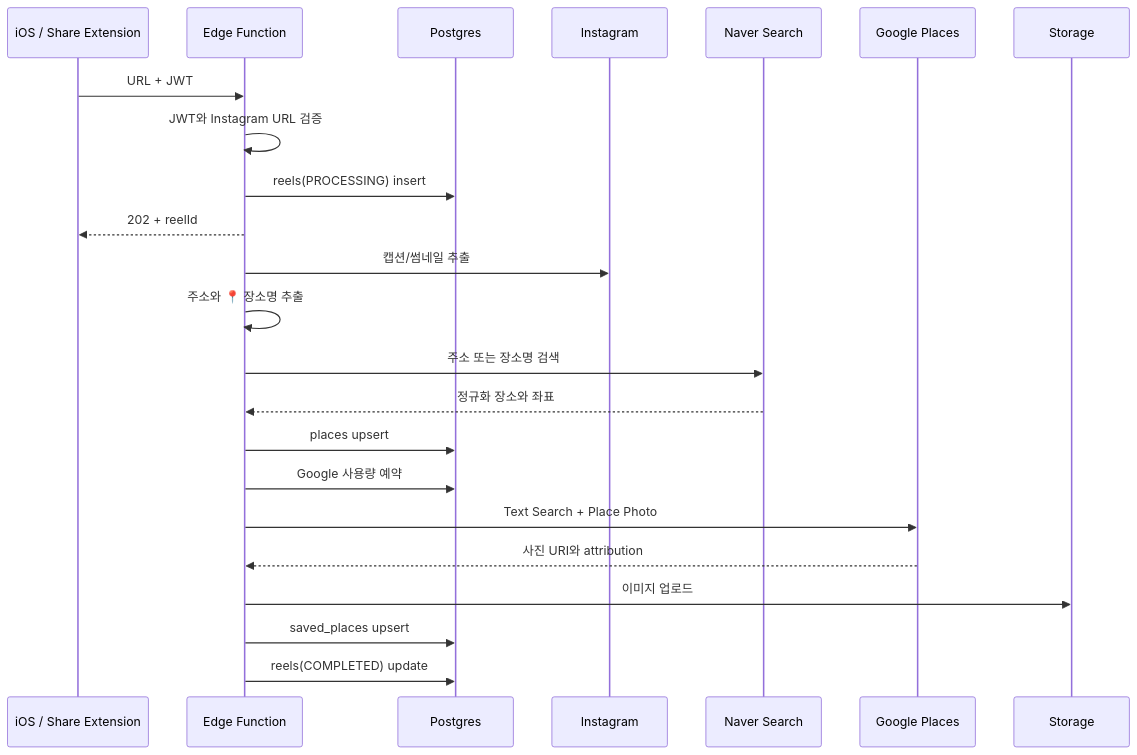
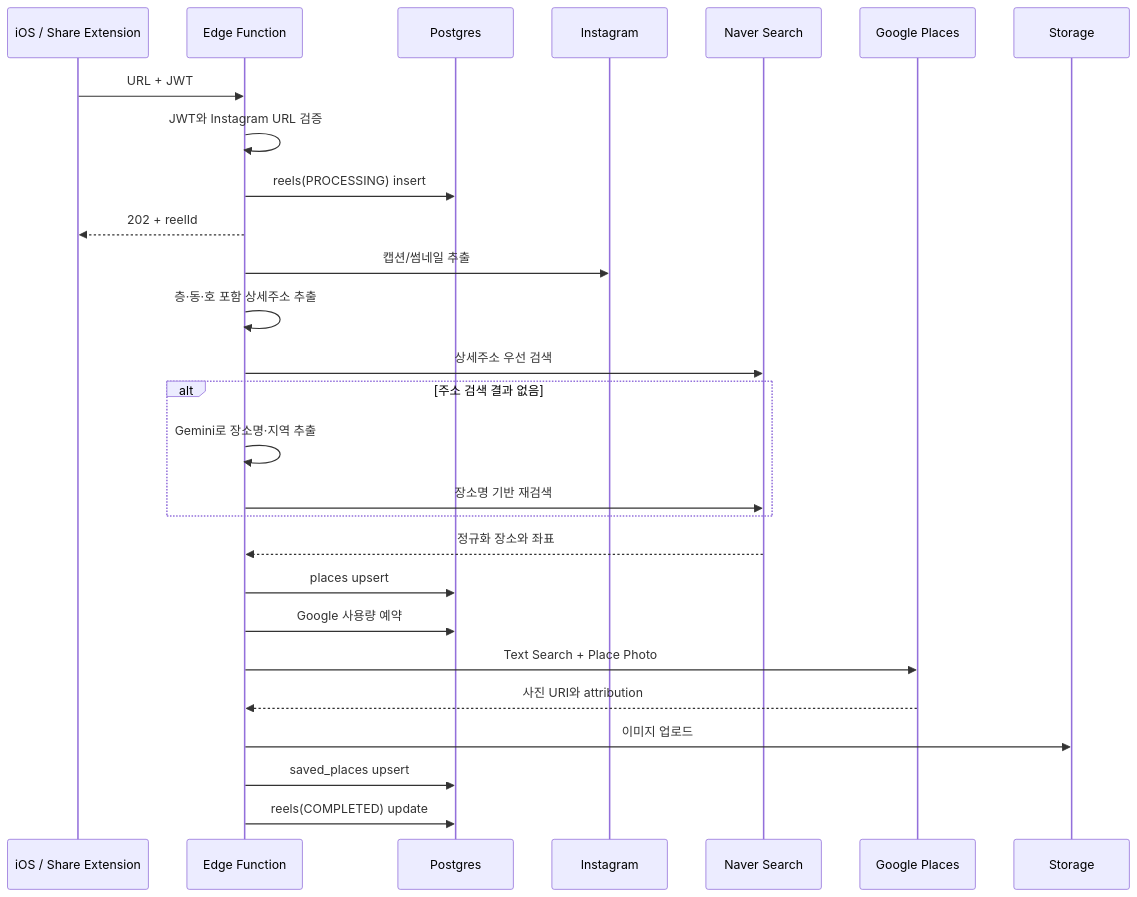
The diagram in docs/save-instagram-reel-flow.md (Jiihyun/yeogidam), drawn with Mermaid before and after one commit. The commit also changed other lines of this file and 11 other files, not shown here.

````diff
--- a/docs/save-instagram-reel-flow.md
+++ b/docs/save-instagram-reel-flow.md
@@ -36,27 +36,31 @@
 ```mermaid
 sequenceDiagram
     participant U as iOS / Share Extension
     participant F as Edge Function
     participant D as Postgres
     participant I as Instagram
     participant N as Naver Search
     participant G as Google Places
     participant S as Storage
 
     U->>F: URL + JWT
     F->>F: JWT와 Instagram URL 검증
     F->>D: reels(PROCESSING) insert
     F-->>U: 202 + reelId
 
     F->>I: 캡션/썸네일 추출
-    F->>F: 주소와 📍 장소명 추출
-    F->>N: 주소 또는 장소명 검색
+    F->>F: 층·동·호 포함 상세주소 추출
+    F->>N: 상세주소 우선 검색
+    alt 주소 검색 결과 없음
+        F->>F: Gemini로 장소명·지역 추출
+        F->>N: 장소명 기반 재검색
+    end
     N-->>F: 정규화 장소와 좌표
     F->>D: places upsert
     F->>D: Google 사용량 예약
     F->>G: Text Search + Place Photo
     G-->>F: 사진 URI와 attribution
     F->>S: 이미지 업로드
     F->>D: saved_places upsert
     F->>D: reels(COMPLETED) update
 ```
````
